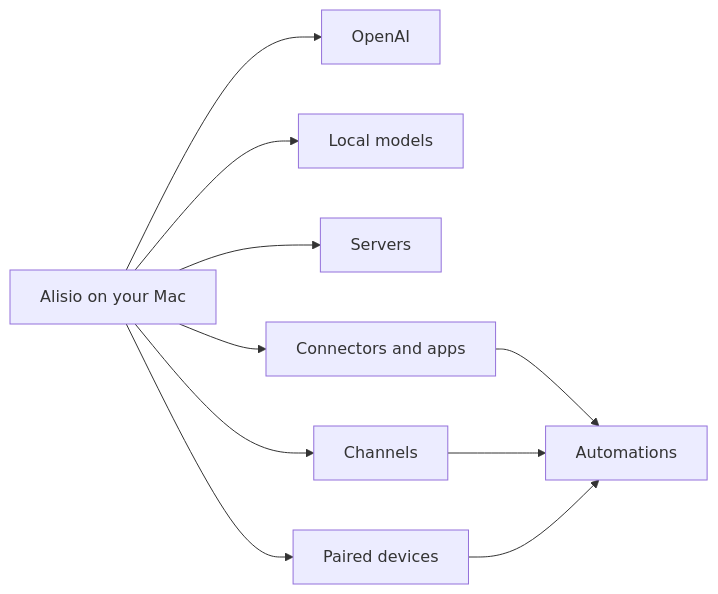
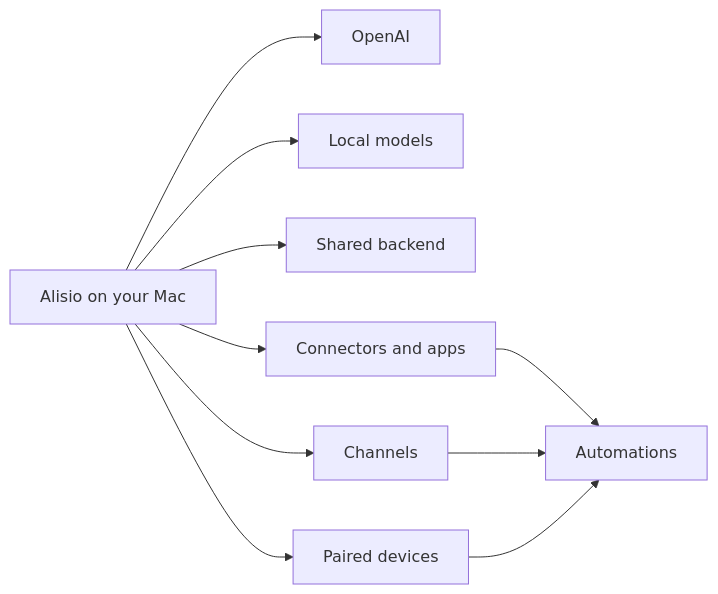
One commit to nuno7lopes-collab/alisio changed the diagram in docs/index.md. Above: the diagram before and after it, drawn with Mermaid. The commit also changed other lines of this file and 16 other files, not shown here.

````diff
--- a/docs/index.md
+++ b/docs/index.md
@@ -46,12 +46,12 @@
 ```mermaid
 flowchart LR
   A["Alisio on your Mac"] --> B["OpenAI"]
   A --> C["Local models"]
-  A --> D["Servers"]
+  A --> D["Shared backend"]
   A --> E["Channels"]
   A --> F["Connectors and apps"]
   A --> G["Paired devices"]
   F --> H["Automations"]
   E --> H
   G --> H
 ```
````
